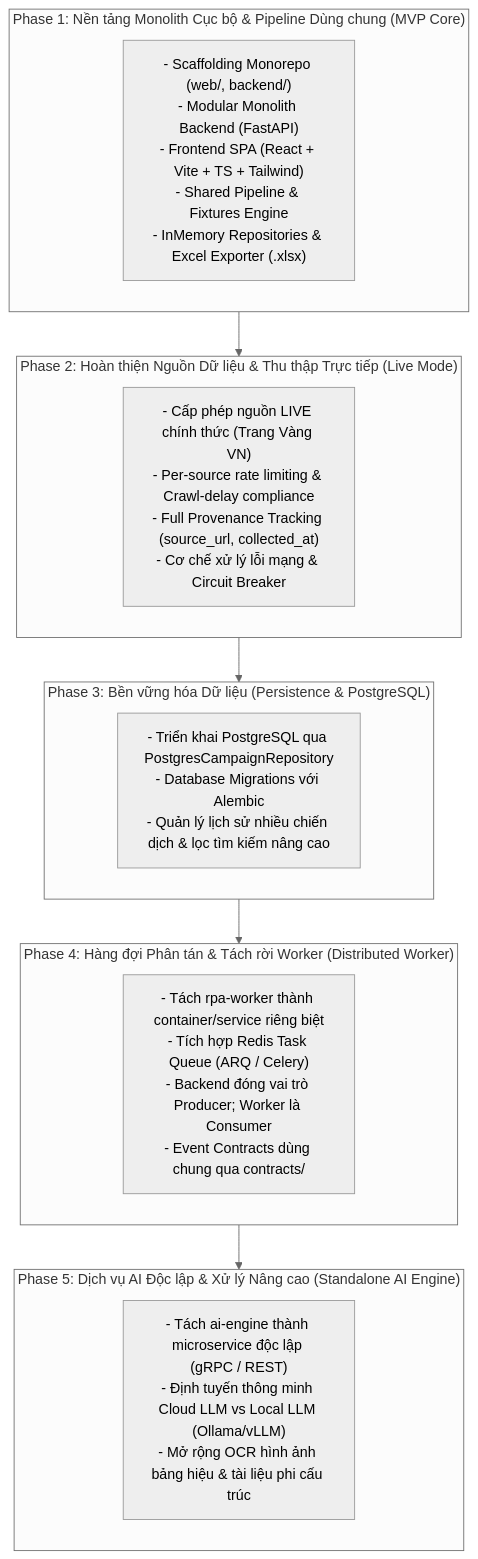
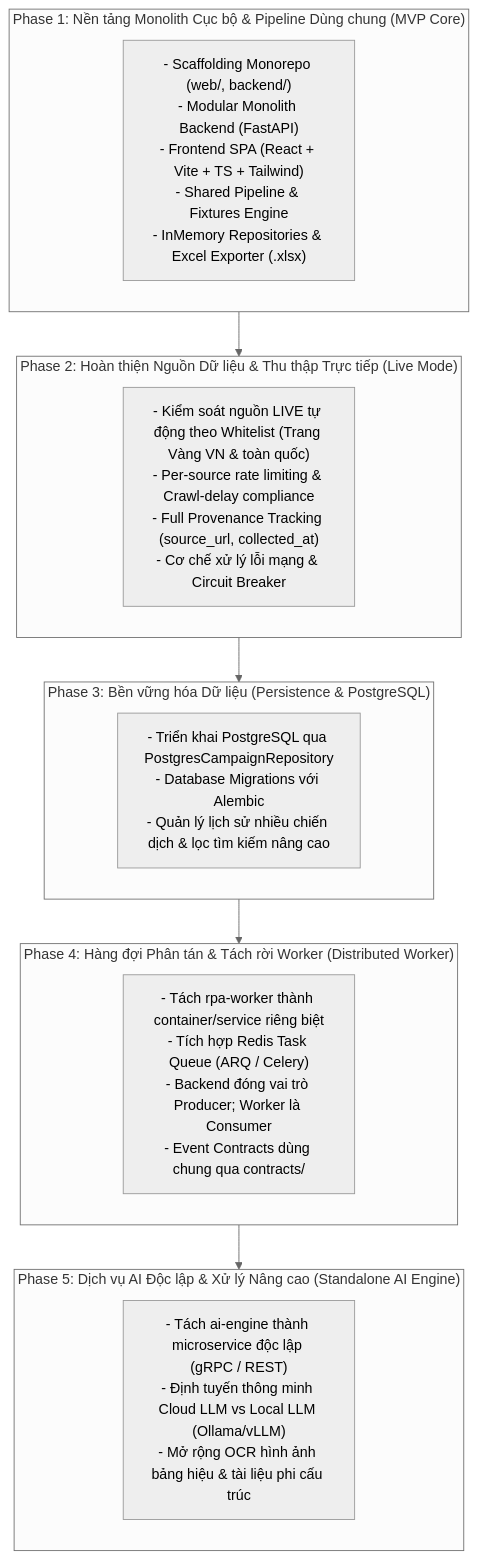
Before and after one commit to Quang102769/rpa-lead-collector: the diagram in docs/implementation-plan.md, drawn with Mermaid (neutral theme). The commit also changed other lines of this file and 4 other files, not shown here.

Commit message:
docs(campaign): update api contract, implementation roadmap, and provincial specs

````diff
--- a/docs/implementation-plan.md
+++ b/docs/implementation-plan.md
@@ -26,27 +26,27 @@
 ```mermaid
 flowchart TD
     subgraph Phase_1["Phase 1: Nền tảng Monolith Cục bộ & Pipeline Dùng chung (MVP Core)"]
         P1_Core["- Scaffolding Monorepo (web/, backend/)<br/>- Modular Monolith Backend (FastAPI)<br/>- Frontend SPA (React + Vite + TS + Tailwind)<br/>- Shared Pipeline & Fixtures Engine<br/>- InMemory Repositories & Excel Exporter (.xlsx)"]
     end
 
     subgraph Phase_2["Phase 2: Hoàn thiện Nguồn Dữ liệu & Thu thập Trực tiếp (Live Mode)"]
-        P2_Live["- Cấp phép nguồn LIVE chính thức (Trang Vàng VN)<br/>- Per-source rate limiting & Crawl-delay compliance<br/>- Full Provenance Tracking (source_url, collected_at)<br/>- Cơ chế xử lý lỗi mạng & Circuit Breaker"]
+        P2_Live["- Kiểm soát nguồn LIVE tự động theo Whitelist (Trang Vàng VN & toàn quốc)<br/>- Per-source rate limiting & Crawl-delay compliance<br/>- Full Provenance Tracking (source_url, collected_at)<br/>- Cơ chế xử lý lỗi mạng & Circuit Breaker"]
     end
 
     subgraph Phase_3["Phase 3: Bền vững hóa Dữ liệu (Persistence & PostgreSQL)"]
         P3_DB["- Triển khai PostgreSQL qua PostgresCampaignRepository<br/>- Database Migrations với Alembic<br/>- Quản lý lịch sử nhiều chiến dịch & lọc tìm kiếm nâng cao"]
     end
 
     subgraph Phase_4["Phase 4: Hàng đợi Phân tán & Tách rời Worker (Distributed Worker)"]
         P4_Worker["- Tách rpa-worker thành container/service riêng biệt<br/>- Tích hợp Redis Task Queue (ARQ / Celery)<br/>- Backend đóng vai trò Producer; Worker là Consumer<br/>- Event Contracts dùng chung qua contracts/"]
     end
 
     subgraph Phase_5["Phase 5: Dịch vụ AI Độc lập & Xử lý Nâng cao (Standalone AI Engine)"]
         P5_AI["- Tách ai-engine thành microservice độc lập (gRPC / REST)<br/>- Định tuyến thông minh Cloud LLM vs Local LLM (Ollama/vLLM)<br/>- Mở rộng OCR hình ảnh bảng hiệu & tài liệu phi cấu trúc"]
     end
 
     Phase_1 --> Phase_2
     Phase_2 --> Phase_3
     Phase_3 --> Phase_4
     Phase_4 --> Phase_5
 ```
````
